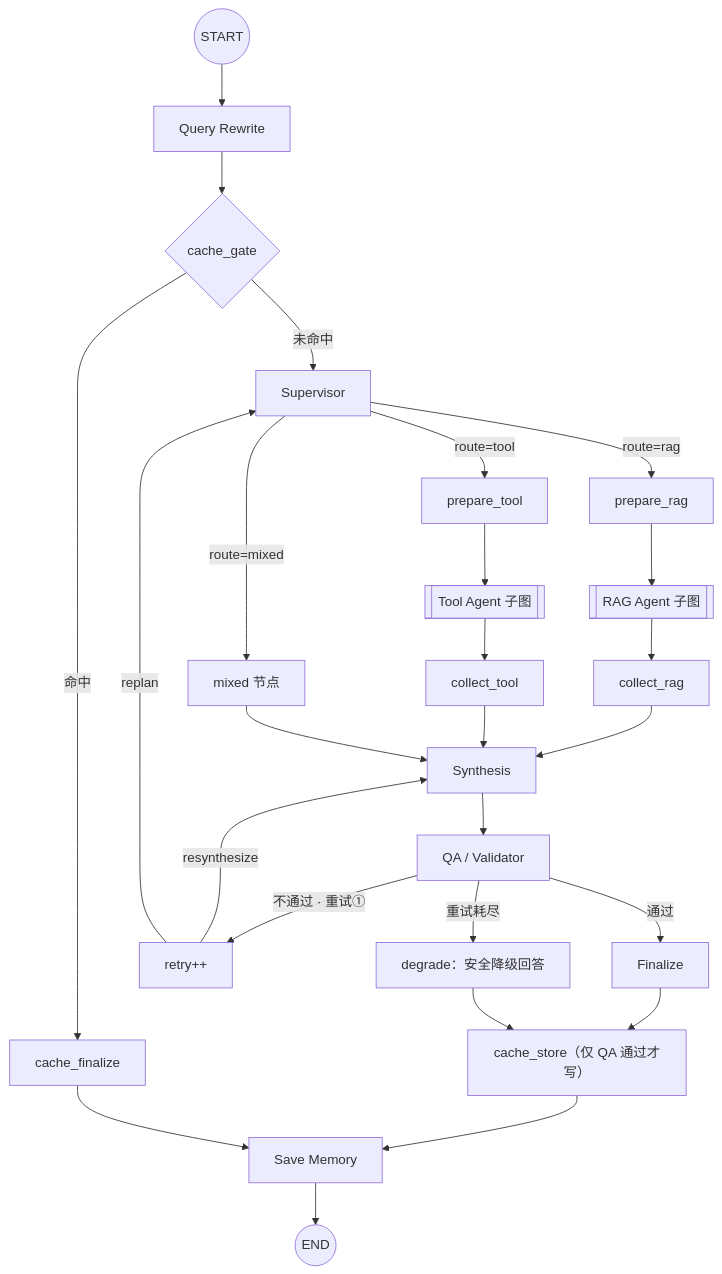
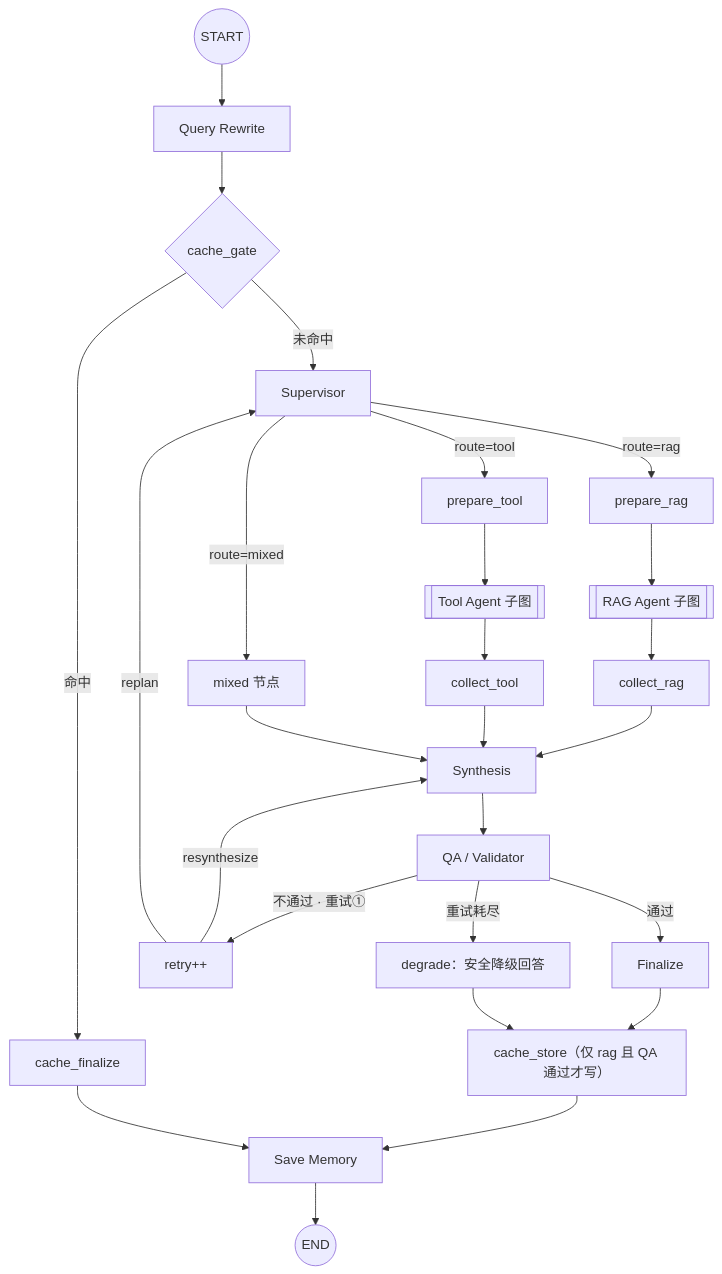
The diagram in docs/ARCHITECTURE.md (me10dy01/ORL), drawn with Mermaid before and after one commit. The commit also changed other lines of this file and 40 other files, not shown here.

````diff
--- a/docs/ARCHITECTURE.md
+++ b/docs/ARCHITECTURE.md
@@ -35,28 +38,28 @@
 ```mermaid
 flowchart TD
     START((START)) --> RW["Query Rewrite"]
     RW --> CG{"cache_gate"}
     CG -->|"命中"| CF["cache_finalize"]
     CG -->|"未命中"| SUP["Supervisor"]
     SUP -->|"route=rag"| PR["prepare_rag"]
     SUP -->|"route=tool"| PT["prepare_tool"]
     SUP -->|"route=mixed"| MX["mixed 节点"]
     PR --> RAGSUB[["RAG Agent 子图"]]
     RAGSUB --> CR["collect_rag"]
     CR --> SYN["Synthesis"]
     PT --> TOOLSUB[["Tool Agent 子图"]]
     TOOLSUB --> CT["collect_tool"]
     CT --> SYN
     MX --> SYN
     SYN --> QA["QA / Validator"]
     QA -->|"通过"| FIN["Finalize"]
     QA -->|"不通过 · 重试①"| RETRY["retry++"]
     RETRY -->|"resynthesize"| SYN
     RETRY -->|"replan"| SUP
     QA -->|"重试耗尽"| DEG["degrade：安全降级回答"]
-    FIN --> CS["cache_store（仅 QA 通过才写）"]
+    FIN --> CS["cache_store（仅 rag 且 QA 通过才写）"]
     CS --> MEM["Save Memory"]
     DEG --> CS
     CF --> MEM
     MEM --> END((END))
 ```
````
